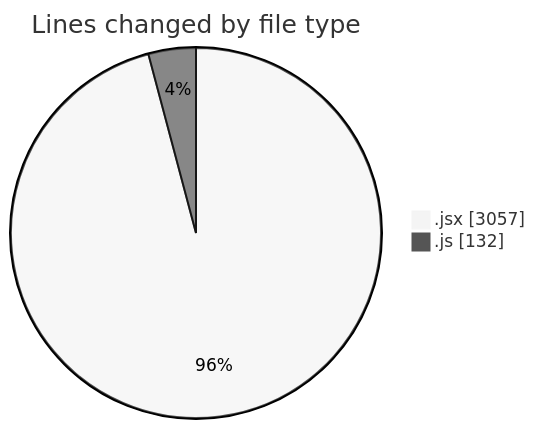
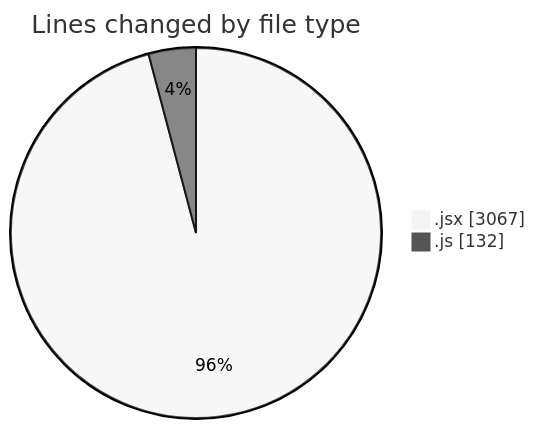
The first of 2 diagrams in 2025-08-03/nxtqube_webapp/README.md (nxtqubesakshisongat/code-tracking), drawn with Mermaid (neutral theme) before and after one commit. The commit also changed other lines of this file and 1 other file, not shown here.

````diff
--- a/2025-08-03/nxtqube_webapp/README.md
+++ b/2025-08-03/nxtqube_webapp/README.md
@@ -27,6 +27,6 @@
 ```mermaid
 pie showData
 title Lines changed by file type
-".jsx" : 3057
+".jsx" : 3067
 ".js" : 132
 ```
````
